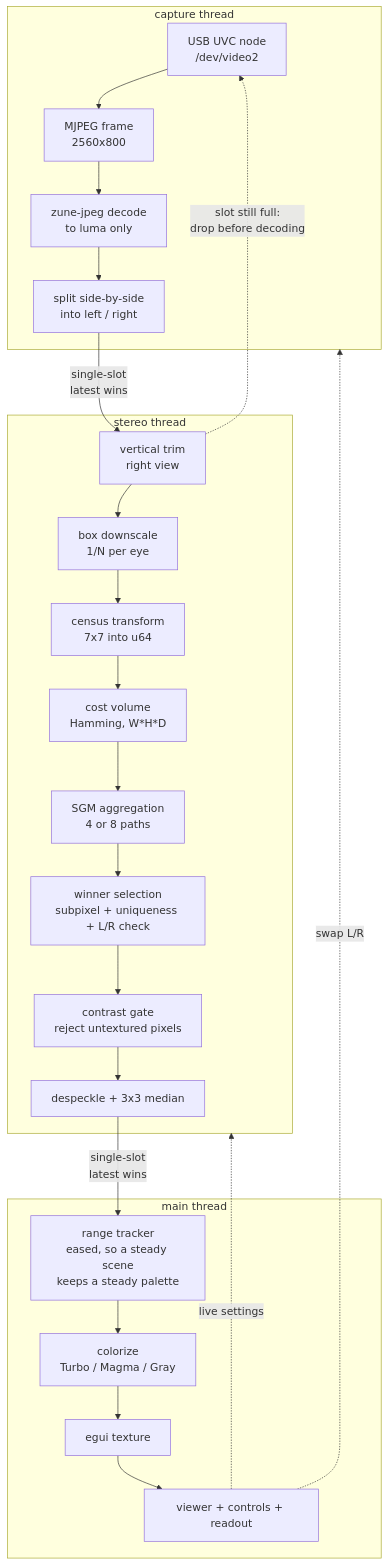
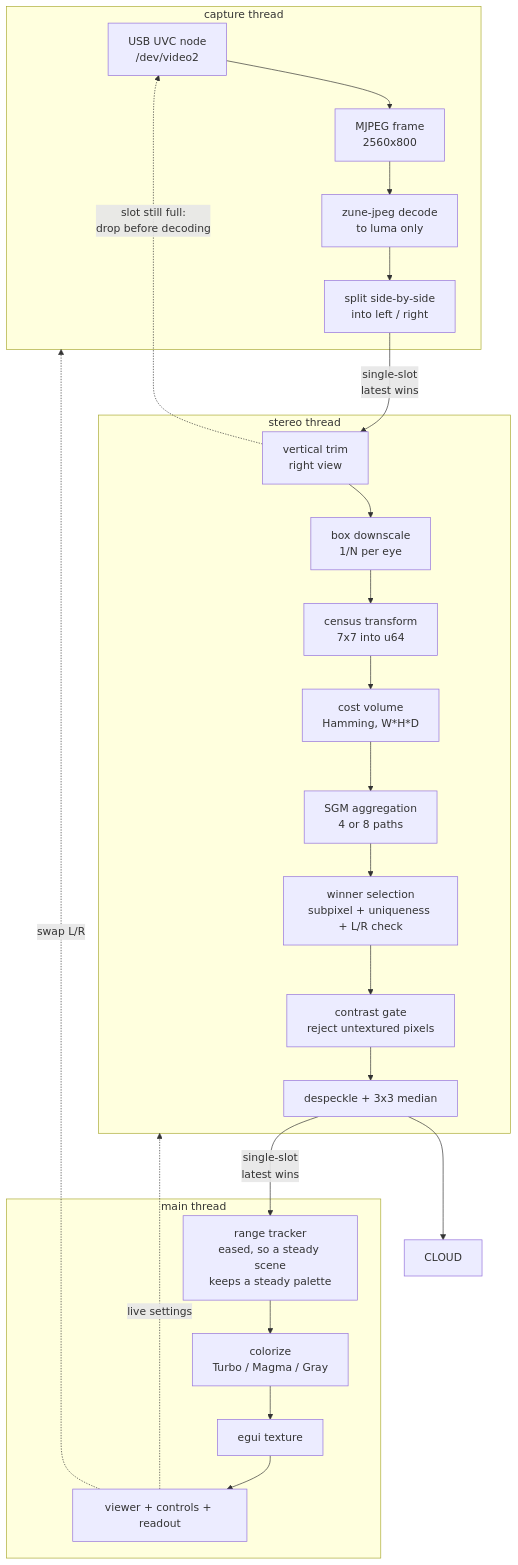
The first of 3 diagrams in ARCHITECTURE.md (tmpk13/binocular-camera), drawn with Mermaid before and after one commit. The commit also changed other lines of this file and 5 other files, not shown here.

````diff
--- a/ARCHITECTURE.md
+++ b/ARCHITECTURE.md
@@ -5,37 +5,38 @@
 ```mermaid
 flowchart TD
     subgraph capture["capture thread"]
         USB["USB UVC node<br/>/dev/video2"]
         MJPEG["MJPEG frame<br/>2560x800"]
         DEC["zune-jpeg decode<br/>to luma only"]
         SPLIT["split side-by-side<br/>into left / right"]
         USB --> MJPEG --> DEC --> SPLIT
     end
 
     subgraph worker["stereo thread"]
         TRIM["vertical trim<br/>right view"]
         DOWN["box downscale<br/>1/N per eye"]
         CENSUS["census transform<br/>7x7 into u64"]
         COST["cost volume<br/>Hamming, W*H*D"]
         SGM["SGM aggregation<br/>4 or 8 paths"]
         WTA["winner selection<br/>subpixel + uniqueness + L/R check"]
         GATE["contrast gate<br/>reject untextured pixels"]
         CLEAN["despeckle + 3x3 median"]
         TRIM --> DOWN --> CENSUS --> COST --> SGM --> WTA --> GATE --> CLEAN
     end
 
     subgraph ui["main thread"]
         RANGE["range tracker<br/>eased, so a steady scene<br/>keeps a steady palette"]
         COLOR["colorize<br/>Turbo / Magma / Gray"]
         RANGE --> COLOR
         TEX["egui texture"]
         DRAW["viewer + controls + readout"]
         COLOR --> TEX --> DRAW
     end
 
     SPLIT -->|"single-slot<br/>latest wins"| TRIM
     TRIM -.->|"slot still full:<br/>drop before decoding"| USB
     CLEAN -->|"single-slot<br/>latest wins"| RANGE
+    CLEAN --> CLOUD
     DRAW -.->|"live settings"| worker
     DRAW -.->|"swap L/R"| capture
 ```
````
